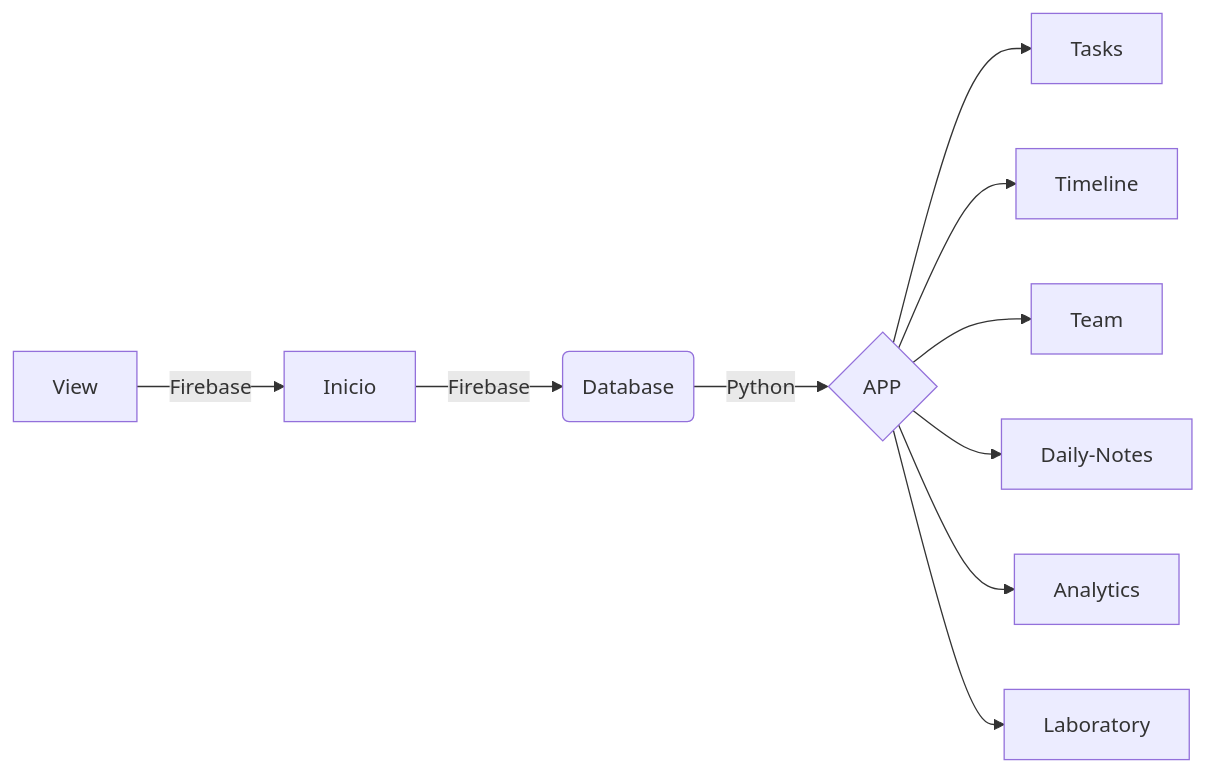
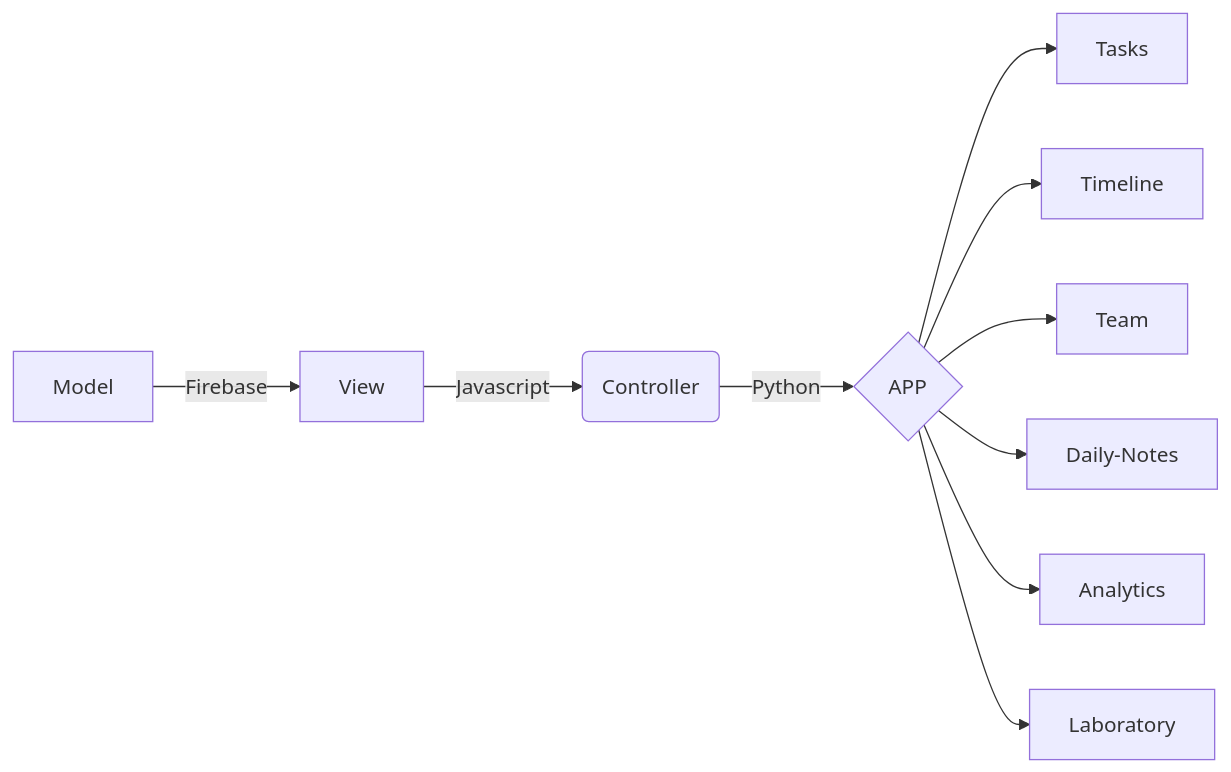
Before and after one commit to SauloCandeira/menu-online: the diagram in readme.md, drawn with Mermaid. The commit also changed other lines of this file, not shown here.

````diff
--- a/readme.md
+++ b/readme.md
@@ -16,13 +18,14 @@
 ```mermaid
 flowchart LR
-A[Inicio] -->|Firebase| B(Database)
-X[View] -->|Firebase| A[Inicio]
+A[View] -->|Javascript| B(Controller)
+X[Model] -->|Firebase| A[View]
 B --> |Python| C{APP}
 
 C --> J[Tasks]
 C --> K[Timeline]
 C --> L[Team]
 C --> M[Daily-Notes]
 C --> N[Analytics]
 C --> O[Laboratory]
+
 ```
````
